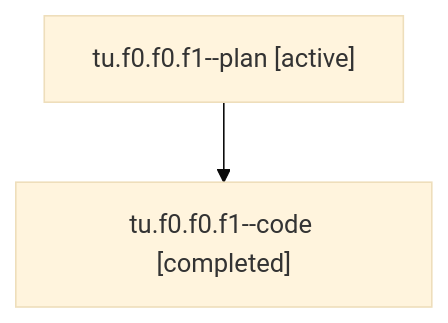
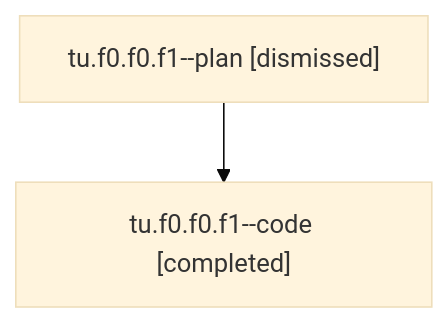
The diagram in sessions/bbugyi200.athena.tu.f0.f0.f1.md (bobs-org/bob-cli--agents), drawn with Mermaid (base theme) before and after one commit. The commit also changed other lines of this file and 40 other files, not shown here.

````diff
--- a/sessions/bbugyi200.athena.tu.f0.f0.f1.md
+++ b/sessions/bbugyi200.athena.tu.f0.f0.f1.md
@@ -9,6 +9,6 @@
 ```mermaid
 flowchart TD
-  n0["tu.f0.f0.f1--plan [active]"]
+  n0["tu.f0.f0.f1--plan [dismissed]"]
   n1["tu.f0.f0.f1--code [completed]"]
   n0 --> n1
 ```
````
